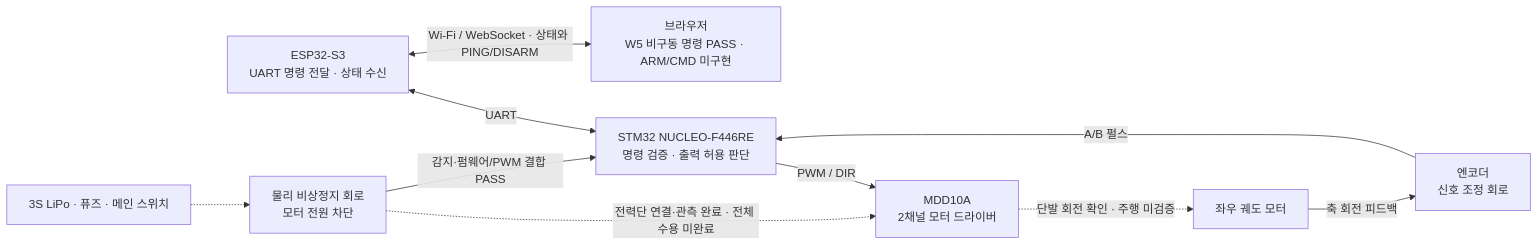
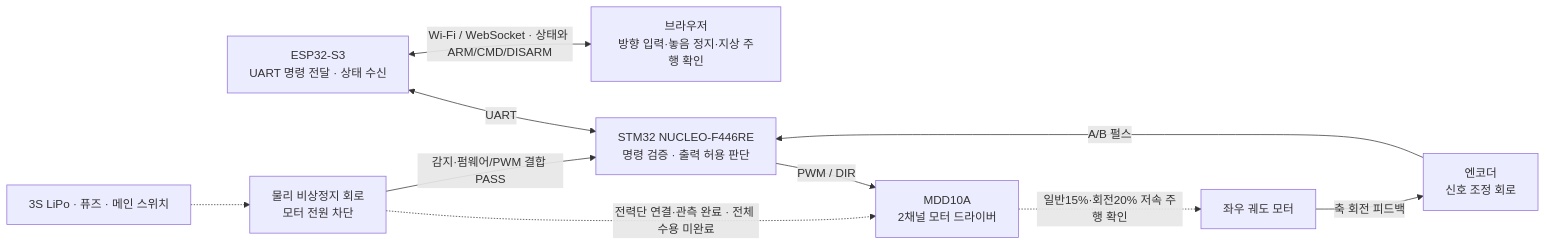
The diagram in Projects/Tracked_Mobile_Robot/README.md (pr0ved99/TIL), drawn with Mermaid before and after one commit. The commit also changed other lines of this file and 217 other files, not shown here.

````diff
--- a/Projects/Tracked_Mobile_Robot/README.md
+++ b/Projects/Tracked_Mobile_Robot/README.md
@@ -43,12 +43,12 @@
 ```mermaid
 flowchart LR
     ESP["ESP32-S3<br/>UART 명령 전달 · 상태 수신"] <-->|UART| STM["STM32 NUCLEO-F446RE<br/>명령 검증 · 출력 허용 판단"]
-    ESP <-->|Wi-Fi / WebSocket · 상태와 PING/DISARM| WEB["브라우저<br/>W5 비구동 명령 PASS · ARM/CMD 미구현"]
+    ESP <-->|Wi-Fi / WebSocket · 상태와 ARM/CMD/DISARM| WEB["브라우저<br/>방향 입력·놓음 정지·지상 주행 확인"]
     STM -->|PWM / DIR| DRIVER["MDD10A<br/>2채널 모터 드라이버"]
-    DRIVER -.->|단발 회전 확인 · 주행 미검증| MOTOR["좌우 궤도 모터"]
+    DRIVER -.->|일반15%·회전20% 저속 주행 확인| MOTOR["좌우 궤도 모터"]
     MOTOR -->|축 회전 피드백| ENC["엔코더<br/>신호 조정 회로"]
     ENC -->|A/B 펄스| STM
     BAT["3S LiPo · 퓨즈 · 메인 스위치"] -.-> STOP["물리 비상정지 회로<br/>모터 전원 차단"]
     STOP -.->|전력단 연결·관측 완료 · 전체 수용 미완료| DRIVER
     STOP -->|감지·펌웨어/PWM 결합 PASS| STM
 ```
````
